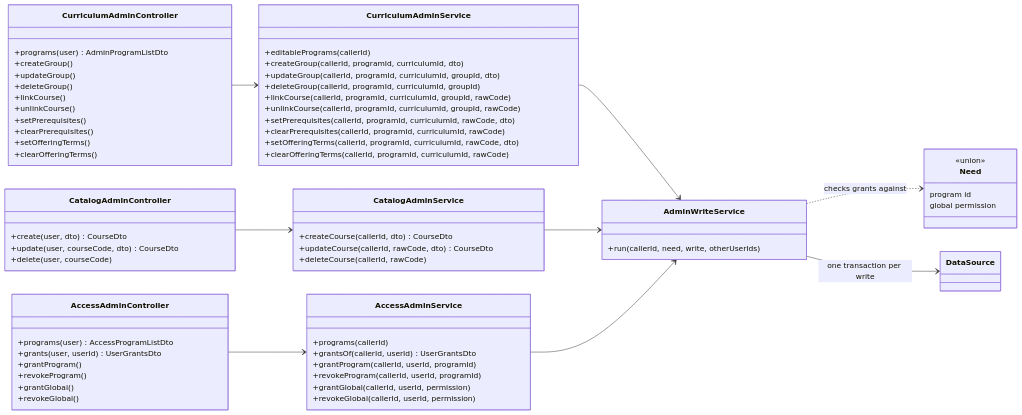
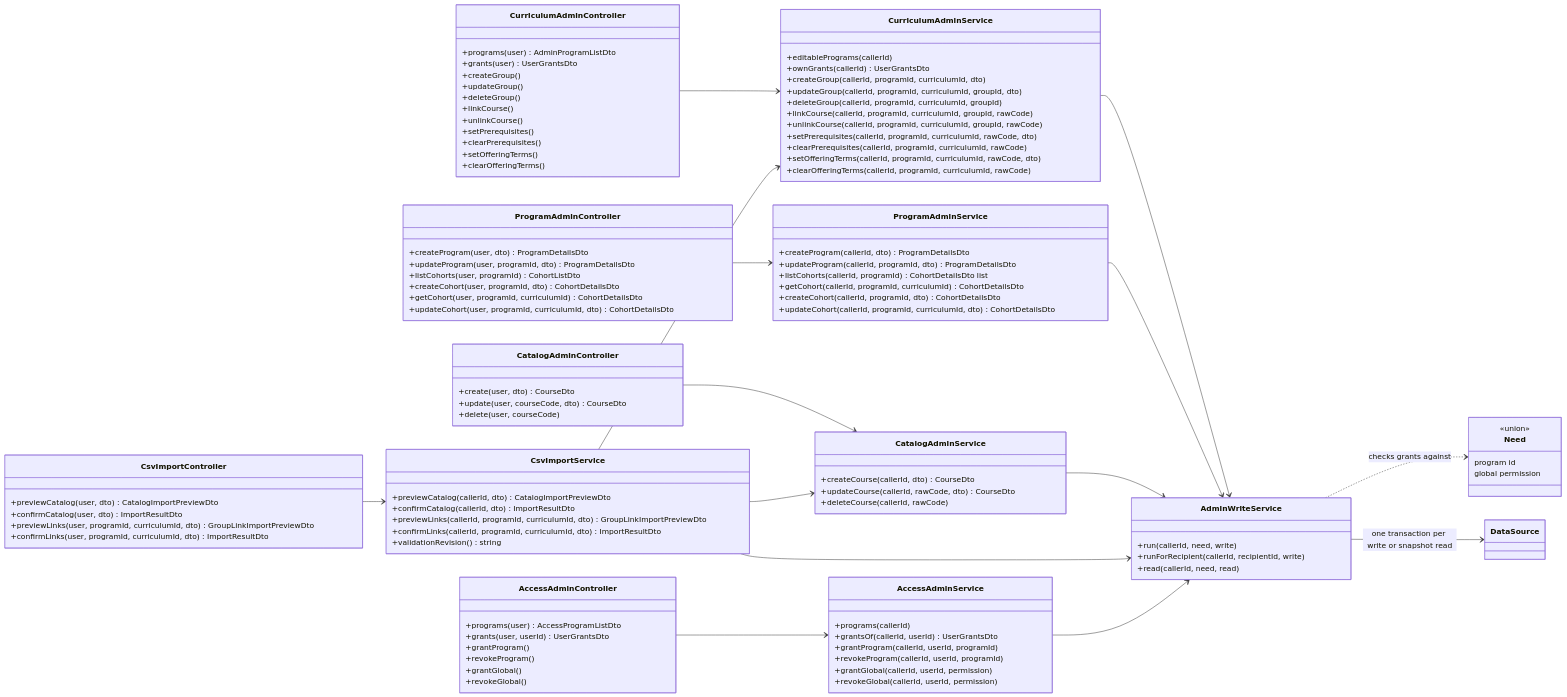
Diagram 14 of 18 in docs/analysis-and-design/class-model.md (LLaammTTeerr/omnicourses), drawn with Mermaid before and after one commit. The commit also changed other lines of this file and 244 other files, not shown here.

````diff
--- a/docs/analysis-and-design/class-model.md
+++ b/docs/analysis-and-design/class-model.md
@@ -1021,6 +1025,7 @@
     direction LR
     class CurriculumAdminController {
         +programs(user) AdminProgramListDto
+        +grants(user) UserGrantsDto
         +createGroup()
         +updateGroup()
         +deleteGroup()
@@ -1031,10 +1036,24 @@
         +setOfferingTerms()
         +clearOfferingTerms()
     }
+    class ProgramAdminController {
+        +createProgram(user, dto) ProgramDetailsDto
+        +updateProgram(user, programId, dto) ProgramDetailsDto
+        +listCohorts(user, programId) CohortListDto
+        +createCohort(user, programId, dto) CohortDetailsDto
+        +getCohort(user, programId, curriculumId) CohortDetailsDto
+        +updateCohort(user, programId, curriculumId, dto) CohortDetailsDto
+    }
     class CatalogAdminController {
         +create(user, dto) CourseDto
         +update(user, courseCode, dto) CourseDto
         +delete(user, courseCode)
+    }
+    class CsvImportController {
+        +previewCatalog(user, dto) CatalogImportPreviewDto
+        +confirmCatalog(user, dto) ImportResultDto
+        +previewLinks(user, programId, curriculumId, dto) GroupLinkImportPreviewDto
+        +confirmLinks(user, programId, curriculumId, dto) ImportResultDto
     }
     class AccessAdminController {
         +programs(user) AccessProgramListDto
@@ -1046,6 +1065,7 @@
     }
     class CurriculumAdminService {
         +editablePrograms(callerId)
+        +ownGrants(callerId) UserGrantsDto
         +createGroup(callerId, programId, curriculumId, dto)
         +updateGroup(callerId, programId, curriculumId, groupId, dto)
         +deleteGroup(callerId, programId, curriculumId, groupId)
@@ -1056,10 +1076,25 @@
         +setOfferingTerms(callerId, programId, curriculumId, rawCode, dto)
         +clearOfferingTerms(callerId, programId, curriculumId, rawCode)
     }
+    class ProgramAdminService {
+        +createProgram(callerId, dto) ProgramDetailsDto
+        +updateProgram(callerId, programId, dto) ProgramDetailsDto
+        +listCohorts(callerId, programId) CohortDetailsDto list
+        +getCohort(callerId, programId, curriculumId) CohortDetailsDto
+        +createCohort(callerId, programId, dto) CohortDetailsDto
+        +updateCohort(callerId, programId, curriculumId, dto) CohortDetailsDto
+    }
     class CatalogAdminService {
         +createCourse(callerId, dto) CourseDto
         +updateCourse(callerId, rawCode, dto) CourseDto
         +deleteCourse(callerId, rawCode)
+    }
+    class CsvImportService {
+        +previewCatalog(callerId, dto) CatalogImportPreviewDto
+        +confirmCatalog(callerId, dto) ImportResultDto
+        +previewLinks(callerId, programId, curriculumId, dto) GroupLinkImportPreviewDto
+        +confirmLinks(callerId, programId, curriculumId, dto) ImportResultDto
+        +validationRevision() string
     }
     class AccessAdminService {
         +programs(callerId)
@@ -1070,7 +1105,9 @@
         +revokeGlobal(callerId, userId, permission)
     }
     class AdminWriteService {
-        +run(callerId, need, write, otherUserIds)
+        +run(callerId, need, write)
+        +runForRecipient(callerId, recipientId, write)
+        +read(callerId, need, read)
     }
     class Need {
         <<union>>
@@ -1078,12 +1115,18 @@
         global permission
     }
     CurriculumAdminController --> CurriculumAdminService
+    ProgramAdminController --> ProgramAdminService
     CatalogAdminController --> CatalogAdminService
+    CsvImportController --> CsvImportService
     AccessAdminController --> AccessAdminService
     CurriculumAdminService --> AdminWriteService
+    ProgramAdminService --> AdminWriteService
     CatalogAdminService --> AdminWriteService
+    CsvImportService --> AdminWriteService
+    CsvImportService --> CatalogAdminService
+    CsvImportService --> CurriculumAdminService
     AccessAdminService --> AdminWriteService
     AdminWriteService ..> Need : checks grants against
-    AdminWriteService --> DataSource : one transaction per write
+    AdminWriteService --> DataSource : one transaction per write or snapshot read
     class DataSource
 ```
````
